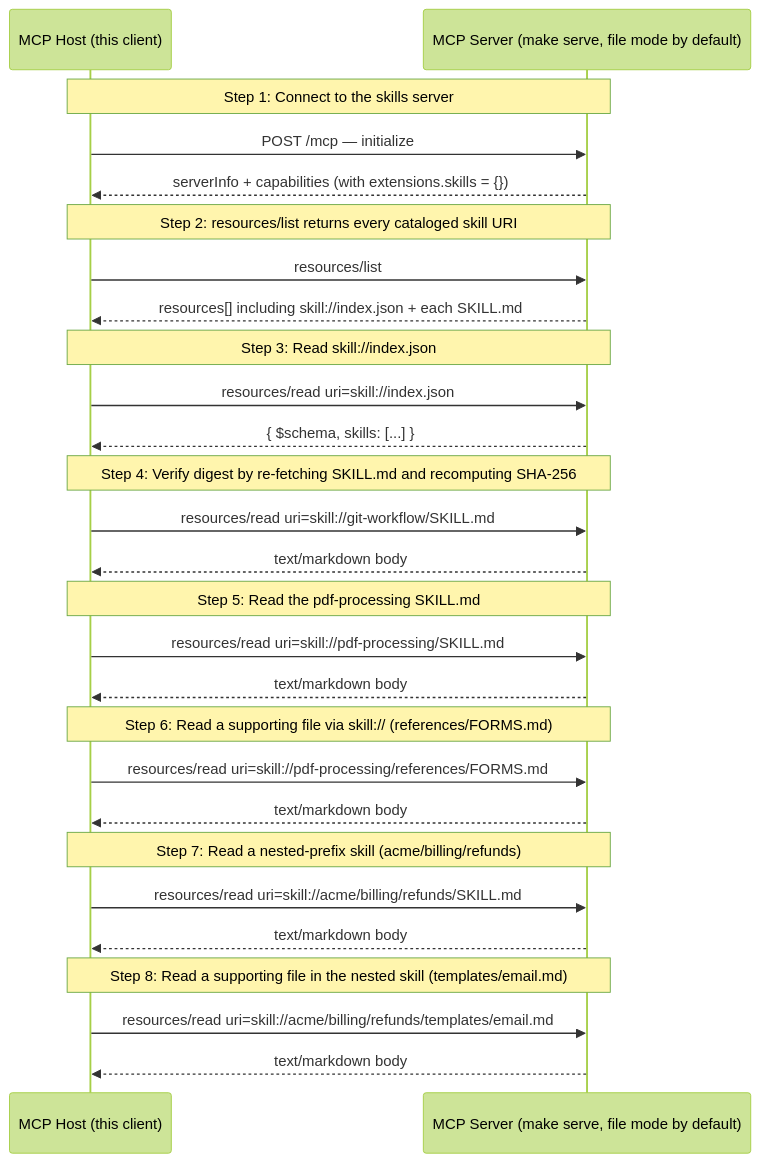
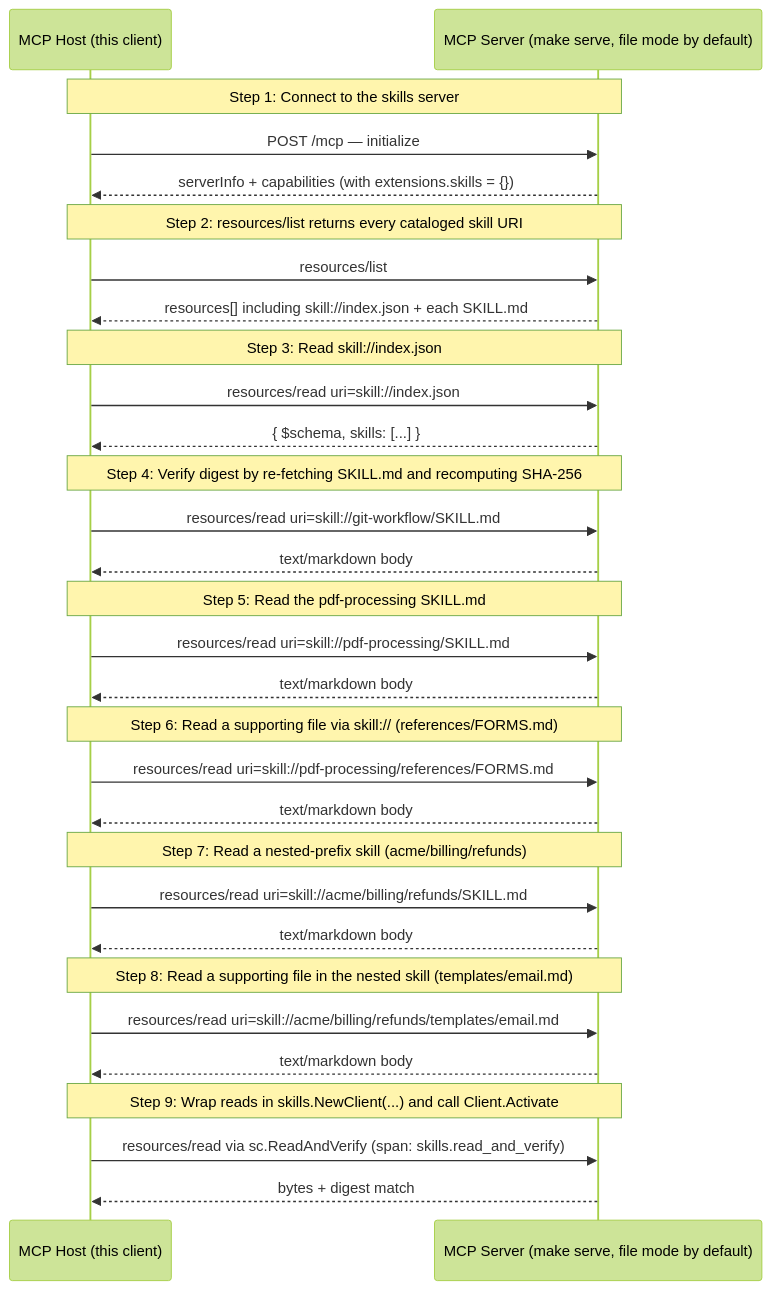
One commit to panyam/mcpkit changed the diagram in examples/skills/WALKTHROUGH.md. Above: the diagram before and after it, drawn with Mermaid (forest theme). The commit also changed other lines of this file and 10 other files, not shown here.

````diff
--- a/examples/skills/WALKTHROUGH.md
+++ b/examples/skills/WALKTHROUGH.md
@@ -18,37 +19,41 @@
 ```mermaid
 sequenceDiagram
     participant Host as MCP Host (this client)
     participant Server as MCP Server (make serve, file mode by default)
 
     Note over Host,Server: Step 1: Connect to the skills server
     Host->>Server: POST /mcp — initialize
     Server-->>Host: serverInfo + capabilities (with extensions.skills = {})
 
     Note over Host,Server: Step 2: resources/list returns every cataloged skill URI
     Host->>Server: resources/list
     Server-->>Host: resources[] including skill://index.json + each SKILL.md
 
     Note over Host,Server: Step 3: Read skill://index.json
     Host->>Server: resources/read uri=skill://index.json
     Server-->>Host: { $schema, skills: [...] }
 
     Note over Host,Server: Step 4: Verify digest by re-fetching SKILL.md and recomputing SHA-256
     Host->>Server: resources/read uri=skill://git-workflow/SKILL.md
     Server-->>Host: text/markdown body
 
     Note over Host,Server: Step 5: Read the pdf-processing SKILL.md
     Host->>Server: resources/read uri=skill://pdf-processing/SKILL.md
     Server-->>Host: text/markdown body
 
     Note over Host,Server: Step 6: Read a supporting file via skill:// (references/FORMS.md)
     Host->>Server: resources/read uri=skill://pdf-processing/references/FORMS.md
     Server-->>Host: text/markdown body
 
     Note over Host,Server: Step 7: Read a nested-prefix skill (acme/billing/refunds)
     Host->>Server: resources/read uri=skill://acme/billing/refunds/SKILL.md
     Server-->>Host: text/markdown body
 
     Note over Host,Server: Step 8: Read a supporting file in the nested skill (templates/email.md)
     Host->>Server: resources/read uri=skill://acme/billing/refunds/templates/email.md
     Server-->>Host: text/markdown body
+
+    Note over Host,Server: Step 9: Wrap reads in skills.NewClient(...) and call Client.Activate
+    Host->>Server: resources/read via sc.ReadAndVerify (span: skills.read_and_verify)
+    Server-->>Host: bytes + digest match
 ```
````
